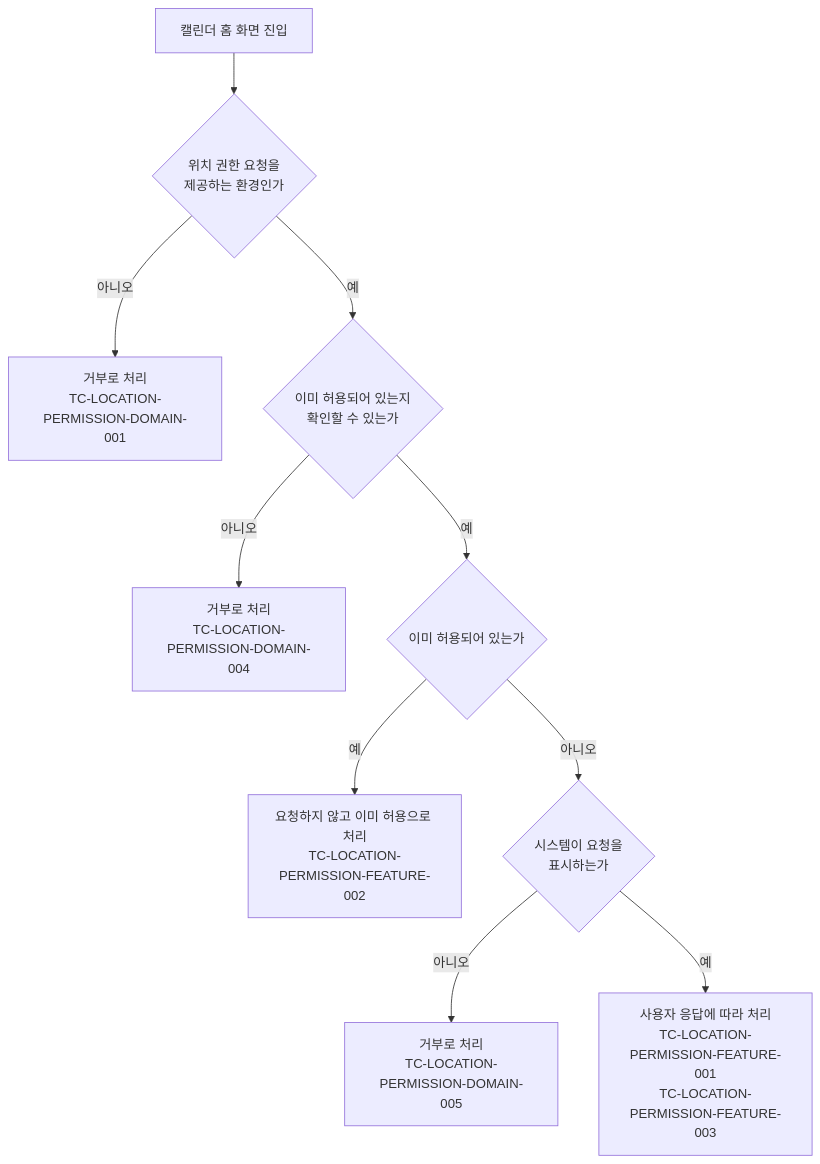
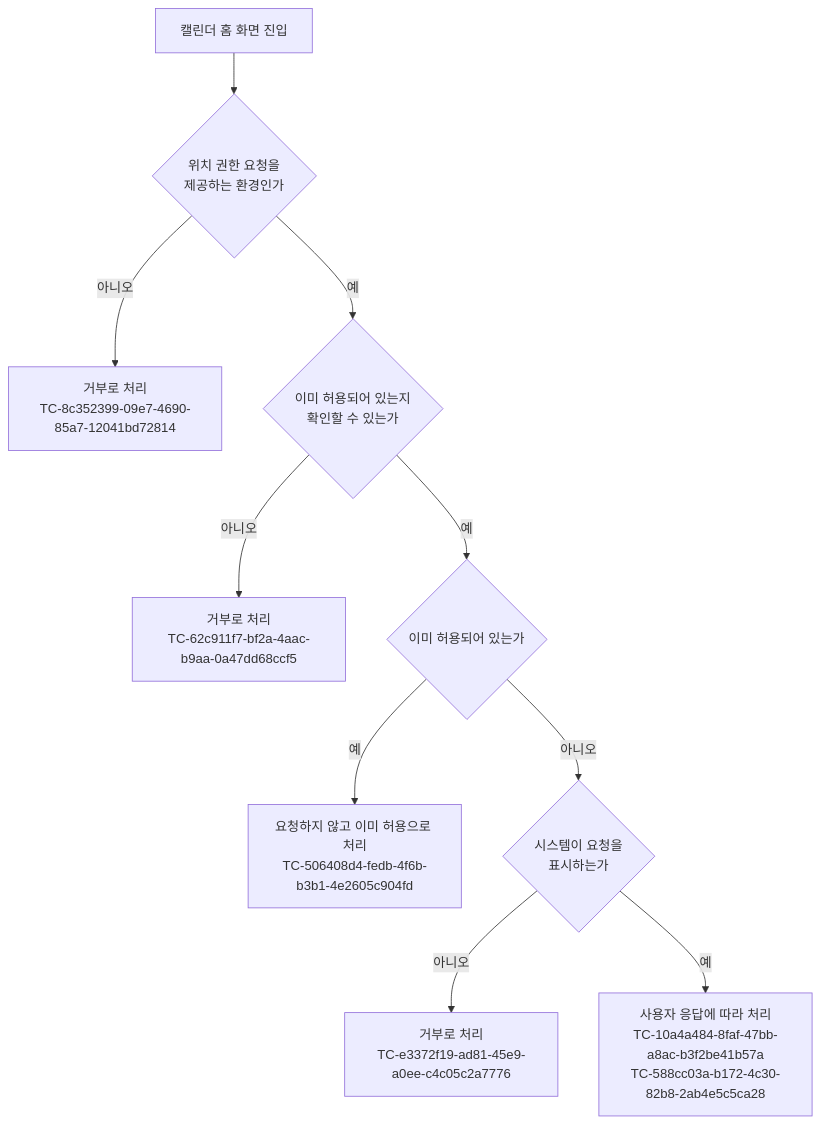
One commit to taetae98coding/DiaryKMP changed the diagram in docs/testcase/location-permission.md. Above: the diagram before and after it, drawn with Mermaid. The commit also changed other lines of this file and 1177 other files, not shown here.

````diff
--- a/docs/testcase/location-permission.md
+++ b/docs/testcase/location-permission.md
@@ -42,12 +42,12 @@
 ```mermaid
 flowchart TD
     Start["캘린더 홈 화면 진입"] --> Support{"위치 권한 요청을<br/>제공하는 환경인가"}
-    Support -- 아니오 --> Denied["거부로 처리<br/>TC-LOCATION-PERMISSION-DOMAIN-001"]
+    Support -- 아니오 --> Denied["거부로 처리<br/>TC-8c352399-09e7-4690-85a7-12041bd72814"]
     Support -- 예 --> Check{"이미 허용되어 있는지<br/>확인할 수 있는가"}
-    Check -- 아니오 --> CannotCheck["거부로 처리<br/>TC-LOCATION-PERMISSION-DOMAIN-004"]
+    Check -- 아니오 --> CannotCheck["거부로 처리<br/>TC-62c911f7-bf2a-4aac-b9aa-0a47dd68ccf5"]
     Check -- 예 --> Granted{"이미 허용되어 있는가"}
-    Granted -- 예 --> Already["요청하지 않고 이미 허용으로 처리<br/>TC-LOCATION-PERMISSION-FEATURE-002"]
+    Granted -- 예 --> Already["요청하지 않고 이미 허용으로 처리<br/>TC-506408d4-fedb-4f6b-b3b1-4e2605c904fd"]
     Granted -- 아니오 --> Request{"시스템이 요청을<br/>표시하는가"}
-    Request -- 아니오 --> NotShown["거부로 처리<br/>TC-LOCATION-PERMISSION-DOMAIN-005"]
-    Request -- 예 --> Answer["사용자 응답에 따라 처리<br/>TC-LOCATION-PERMISSION-FEATURE-001<br/>TC-LOCATION-PERMISSION-FEATURE-003"]
+    Request -- 아니오 --> NotShown["거부로 처리<br/>TC-e3372f19-ad81-45e9-a0ee-c4c05c2a7776"]
+    Request -- 예 --> Answer["사용자 응답에 따라 처리<br/>TC-10a4a484-8faf-47bb-a8ac-b3f2be41b57a<br/>TC-588cc03a-b172-4c30-82b8-2ab4e5c5ca28"]
 ```
````
